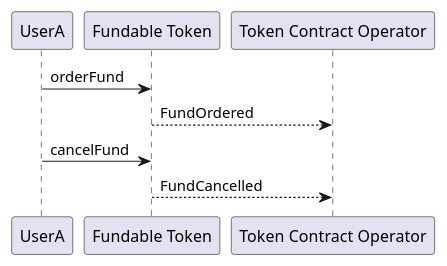
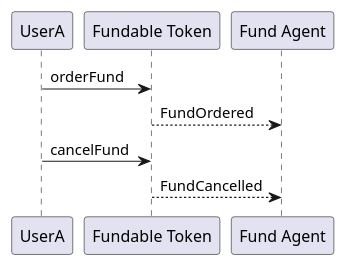
One commit to IoBuilders/fundable-token changed the diagram in diagrams/fundable_cancel.puml. Above: the diagram before and after it, drawn with PlantUML. The commit also changed 10 other files, not shown here.

Commit message:
added fund agent role instead of single token operator

```diff
--- a/diagrams/fundable_cancel.puml
+++ b/diagrams/fundable_cancel.puml
@@ -1,7 +1,6 @@
 @startuml
 UserA -> "Fundable Token": orderFund
-"Fundable Token" --> "Token Contract Operator": FundOrdered
-
+"Fundable Token" --> "Fund Agent": FundOrdered
 UserA -> "Fundable Token": cancelFund
-"Fundable Token" --> "Token Contract Operator": FundCancelled
+"Fundable Token" --> "Fund Agent": FundCancelled
 @enduml
```
